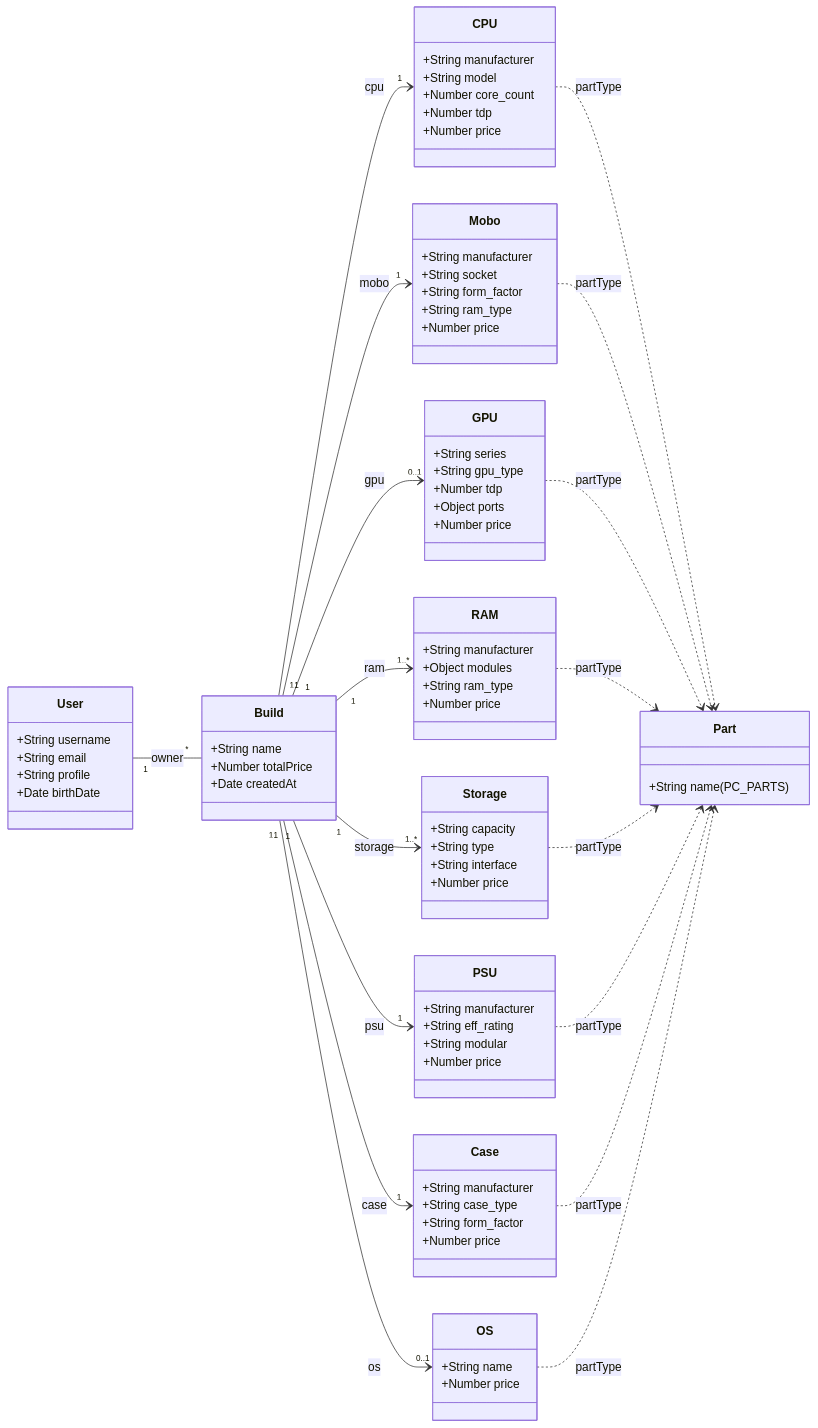
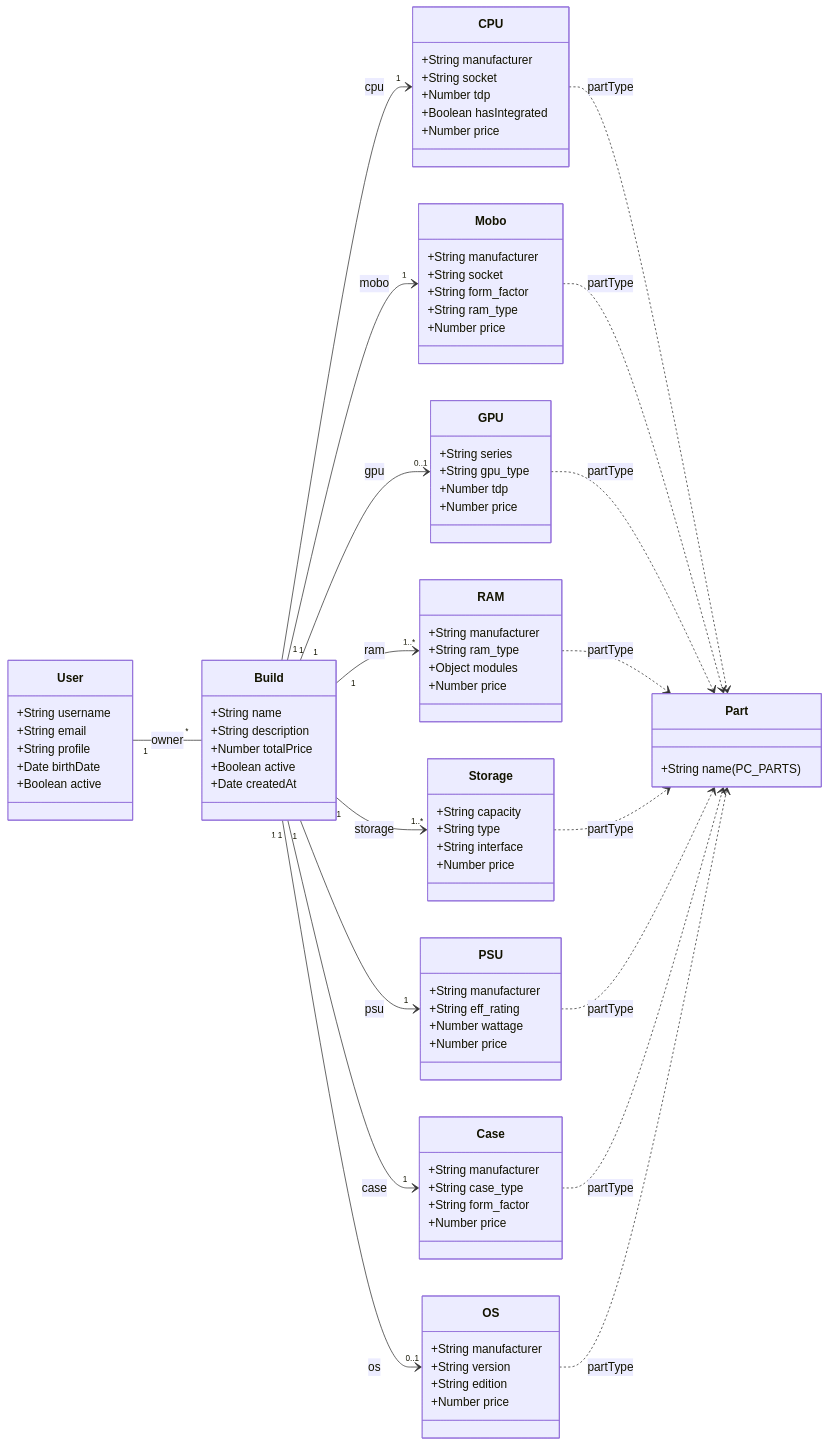
One commit to AlfonsoKitoko/PCBuilder.js changed the first of 2 diagrams in README.md. Above: the diagram before and after it, drawn with Mermaid. The commit also changed other lines of this file and 4 other files, not shown here.

```diff
--- a/README.md
+++ b/README.md
@@ -7,11 +7,14 @@
         +String email
         +String profile
         +Date birthDate
+        +Boolean active
     }
 
     class Build {
         +String name
+        +String description
         +Number totalPrice
+        +Boolean active
         +Date createdAt
     }
 
@@ -21,9 +24,9 @@
 
     class CPU {
         +String manufacturer
-        +String model
-        +Number core_count
+        +String socket
         +Number tdp
+        +Boolean hasIntegrated
         +Number price
     }
 
@@ -39,14 +42,13 @@
         +String series
         +String gpu_type
         +Number tdp
-        +Object ports
         +Number price
     }
 
     class RAM {
         +String manufacturer
+        +String ram_type
         +Object modules
-        +String ram_type
         +Number price
     }
 
@@ -60,7 +62,7 @@
     class PSU {
         +String manufacturer
         +String eff_rating
-        +String modular
+        +Number wattage
         +Number price
     }
 
@@ -72,12 +74,16 @@
     }
 
     class OS {
-        +String name
+        +String manufacturer
+        +String version
+        +String edition
         +Number price
     }
 
-    %% Relaciones
+    %% Relaciones de Propiedad
     User "1" -- "*" Build : owner
+
+    %% Relaciones de la Build
     Build "1" --> "1" CPU : cpu
     Build "1" --> "1" Mobo : mobo
     Build "1" --> "1" PSU : psu
@@ -87,7 +93,7 @@
     Build "1" --> "0..1" GPU : gpu
     Build "1" --> "0..1" OS : os
 
-    %% Relación con PartType
+    %% Relación con PartType (Herencia lógica)
     CPU ..> Part : partType
     Mobo ..> Part : partType
     GPU ..> Part : partType
```
